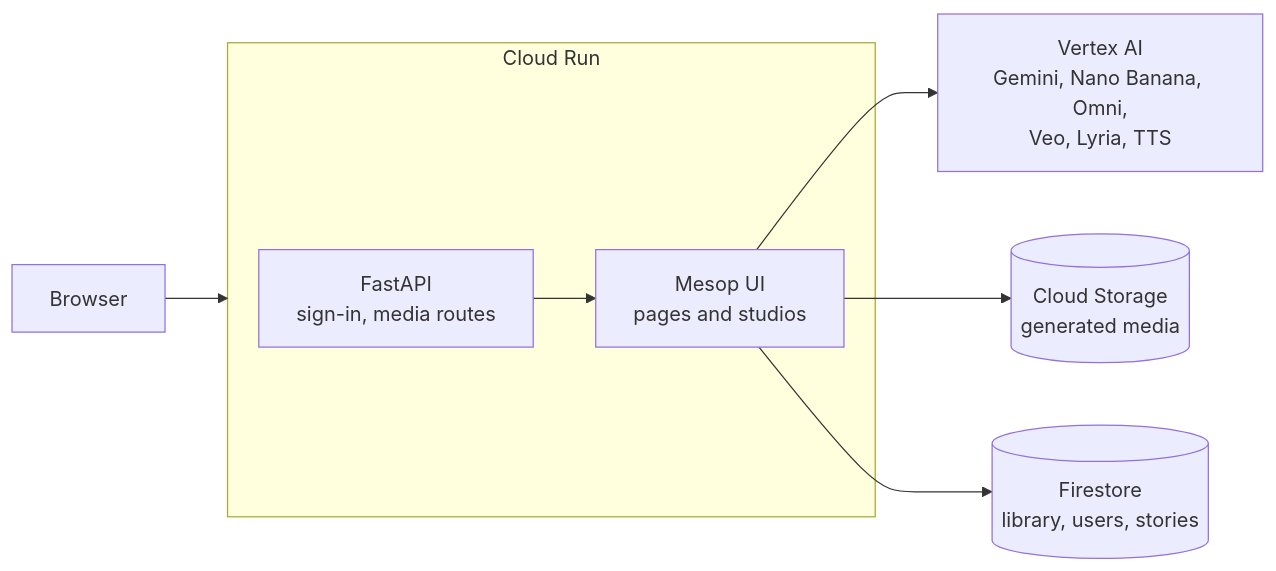
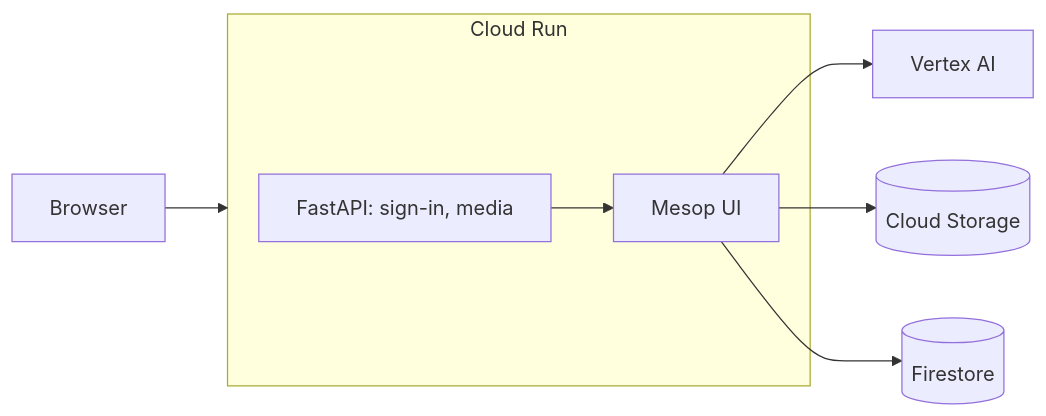
The diagram in README.md (ProjectZero02/creative-studio), drawn with Mermaid before and after one commit. The commit also changed other lines of this file, not shown here.

````diff
--- a/README.md
+++ b/README.md
@@ -127,10 +79,10 @@
 ```mermaid
 flowchart LR
-  U[Browser] --> R[Cloud Run]
+  U[Browser] --> R
   subgraph R[Cloud Run]
-    F[FastAPI<br>sign-in, media routes] --> M[Mesop UI<br>pages and studios]
+    F[FastAPI: sign-in, media] --> M[Mesop UI]
   end
-  M --> V[Vertex AI<br>Gemini, Nano Banana, Omni,<br>Veo, Lyria, TTS]
-  M --> S[(Cloud Storage<br>generated media)]
-  M --> D[(Firestore<br>library, users, stories)]
+  M --> V[Vertex AI]
+  M --> S[(Cloud Storage)]
+  M --> D[(Firestore)]
 ```
````
